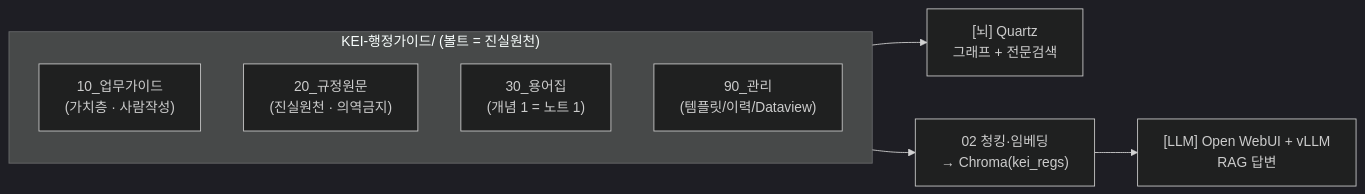
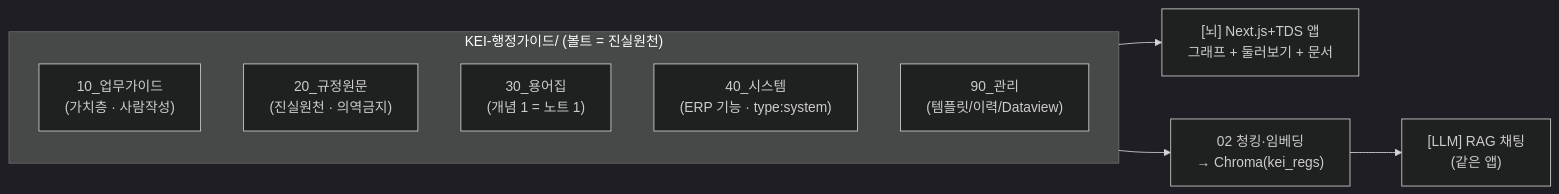
The first of 3 diagrams in docs/03-content-model.md (mooner92/KEIAdminSuperv), drawn with Mermaid (dark theme) before and after one commit. The commit also changed other lines of this file and 13 other files, not shown here.

````diff
--- a/docs/03-content-model.md
+++ b/docs/03-content-model.md
@@ -13,13 +13,14 @@
 ```mermaid
 flowchart LR
   subgraph V["KEI-행정가이드/ (볼트 = 진실원천)"]
     direction TB
     L10["10_업무가이드<br/>(가치층 · 사람작성)"]
     L20["20_규정원문<br/>(진실원천 · 의역금지)"]
     L30["30_용어집<br/>(개념 1 = 노트 1)"]
+    L40["40_시스템<br/>(ERP 기능 · type:system)"]
     L90["90_관리<br/>(템플릿/이력/Dataview)"]
   end
-  V --> Q["[뇌] Quartz<br/>그래프 + 전문검색"]
+  V --> Q["[뇌] Next.js+TDS 앱<br/>그래프 + 둘러보기 + 문서"]
   V --> C["02 청킹·임베딩<br/>→ Chroma(kei_regs)"]
-  C --> R["[LLM] Open WebUI + vLLM<br/>RAG 답변"]
+  C --> R["[LLM] RAG 채팅<br/>(같은 앱)"]
 ```
````
